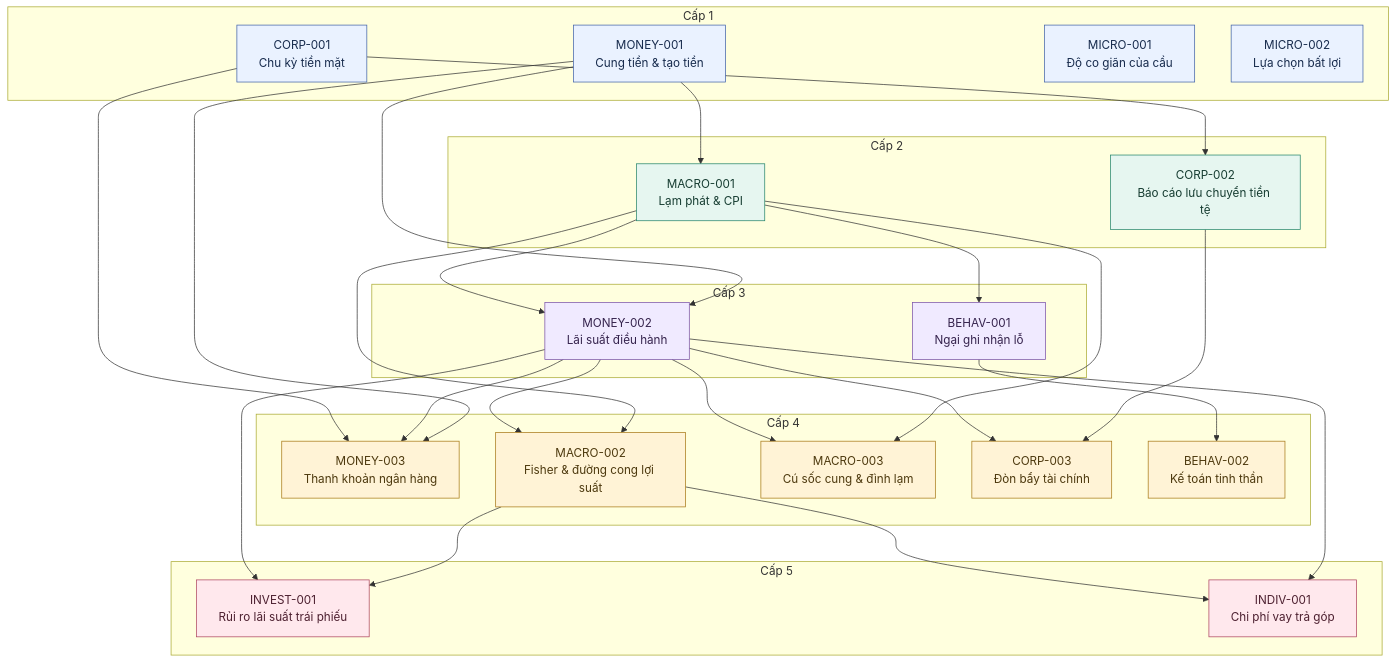
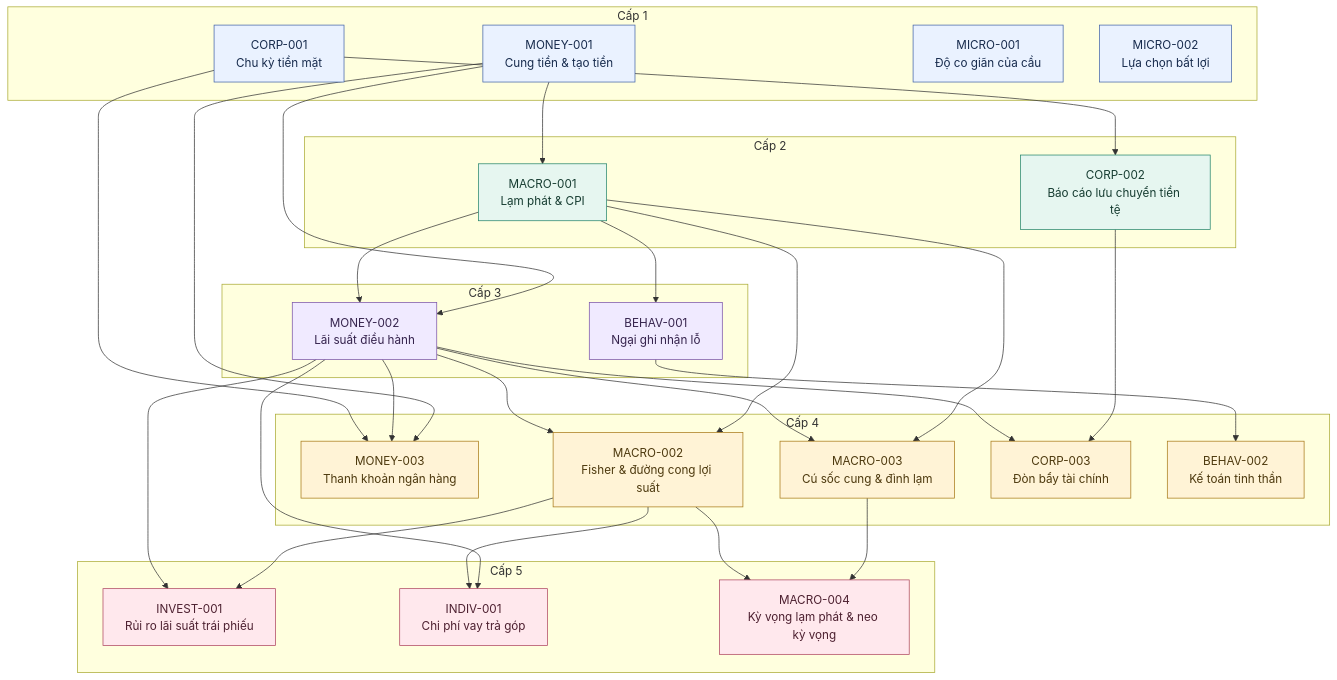
Before and after one commit to lewisnguyen32/Eco-Random-Learning: the diagram in LEARNED.md, drawn with Mermaid. The commit also changed other lines of this file and 4 other files, not shown here.

````diff
--- a/LEARNED.md
+++ b/LEARNED.md
@@ -15,63 +15,66 @@
 ```mermaid
 flowchart TB
     subgraph LEVEL_1["Cấp 1"]
         MONEY_001["MONEY-001<br/>Cung tiền & tạo tiền"]
         CORP_001["CORP-001<br/>Chu kỳ tiền mặt"]
         MICRO_001["MICRO-001<br/>Độ co giãn của cầu"]
         MICRO_002["MICRO-002<br/>Lựa chọn bất lợi"]
     end
 
     subgraph LEVEL_2["Cấp 2"]
         MACRO_001["MACRO-001<br/>Lạm phát & CPI"]
         CORP_002["CORP-002<br/>Báo cáo lưu chuyển tiền tệ"]
     end
 
     subgraph LEVEL_3["Cấp 3"]
         MONEY_002["MONEY-002<br/>Lãi suất điều hành"]
         BEHAV_001["BEHAV-001<br/>Ngại ghi nhận lỗ"]
     end
 
     subgraph LEVEL_4["Cấp 4"]
         MONEY_003["MONEY-003<br/>Thanh khoản ngân hàng"]
         MACRO_002["MACRO-002<br/>Fisher & đường cong lợi suất"]
         MACRO_003["MACRO-003<br/>Cú sốc cung & đình lạm"]
         CORP_003["CORP-003<br/>Đòn bẩy tài chính"]
         BEHAV_002["BEHAV-002<br/>Kế toán tinh thần"]
     end
 
     subgraph LEVEL_5["Cấp 5"]
         INVEST_001["INVEST-001<br/>Rủi ro lãi suất trái phiếu"]
         INDIV_001["INDIV-001<br/>Chi phí vay trả góp"]
+        MACRO_004["MACRO-004<br/>Kỳ vọng lạm phát & neo kỳ vọng"]
     end
 
     MONEY_001 --> MACRO_001
     CORP_001 --> CORP_002
     MONEY_001 --> MONEY_002
     MACRO_001 --> MONEY_002
     MACRO_001 --> BEHAV_001
     MONEY_001 --> MONEY_003
     MONEY_002 --> MONEY_003
     CORP_001 --> MONEY_003
     MACRO_001 --> MACRO_002
     MONEY_002 --> MACRO_002
     MACRO_001 --> MACRO_003
     MONEY_002 --> MACRO_003
     MACRO_002 --> INVEST_001
     MONEY_002 --> INVEST_001
     MONEY_002 --> INDIV_001
     MACRO_002 --> INDIV_001
     CORP_002 --> CORP_003
     MONEY_002 --> CORP_003
     BEHAV_001 --> BEHAV_002
+    MACRO_003 --> MACRO_004
+    MACRO_002 --> MACRO_004
 
     classDef level1 fill:#eaf2ff,stroke:#4263a8,color:#172b4d
     classDef level2 fill:#e6f6f0,stroke:#25856b,color:#173d32
     classDef level3 fill:#f0eaff,stroke:#7952a8,color:#35234d
     classDef level4 fill:#fff3d6,stroke:#a87918,color:#4d390e
     classDef level5 fill:#ffe8ed,stroke:#ae4560,color:#4d2030
     class MONEY_001,CORP_001,MICRO_001,MICRO_002 level1
     class MACRO_001,CORP_002 level2
     class MONEY_002,BEHAV_001 level3
     class MONEY_003,MACRO_002,MACRO_003,CORP_003,BEHAV_002 level4
-    class INVEST_001,INDIV_001 level5
+    class INVEST_001,INDIV_001,MACRO_004 level5
 ```
````
